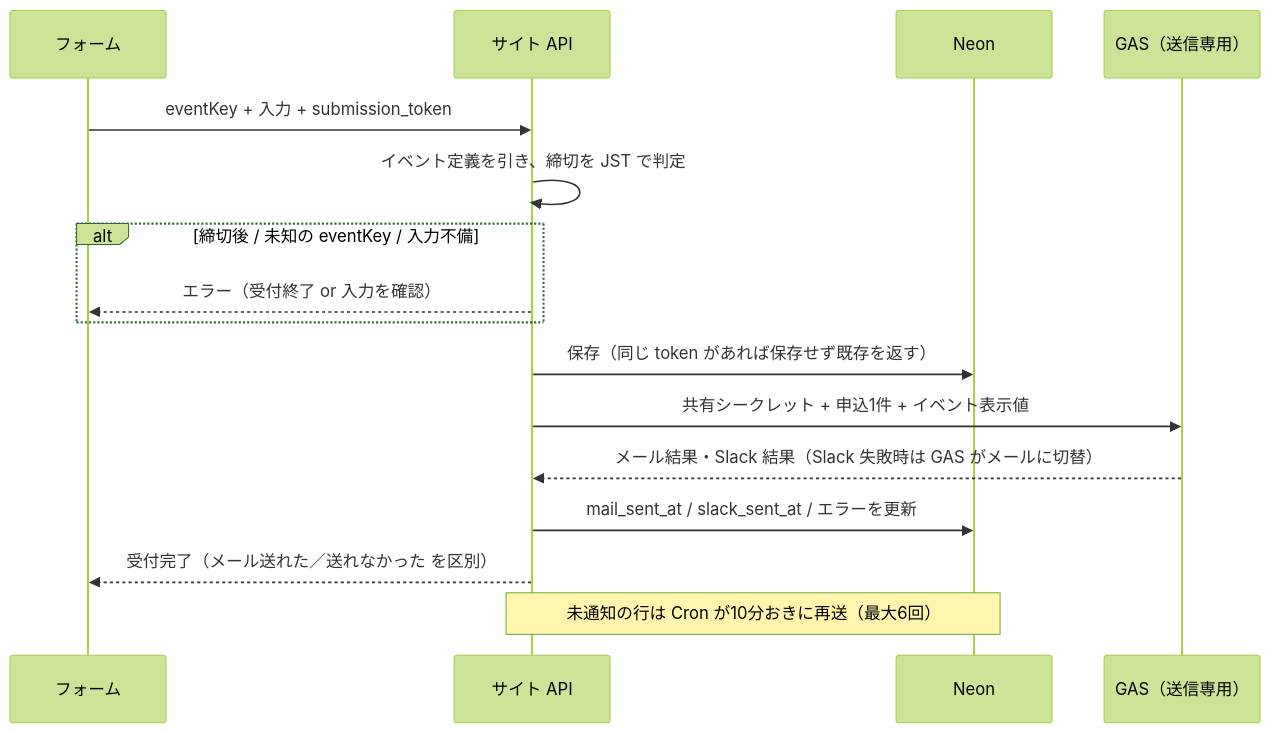
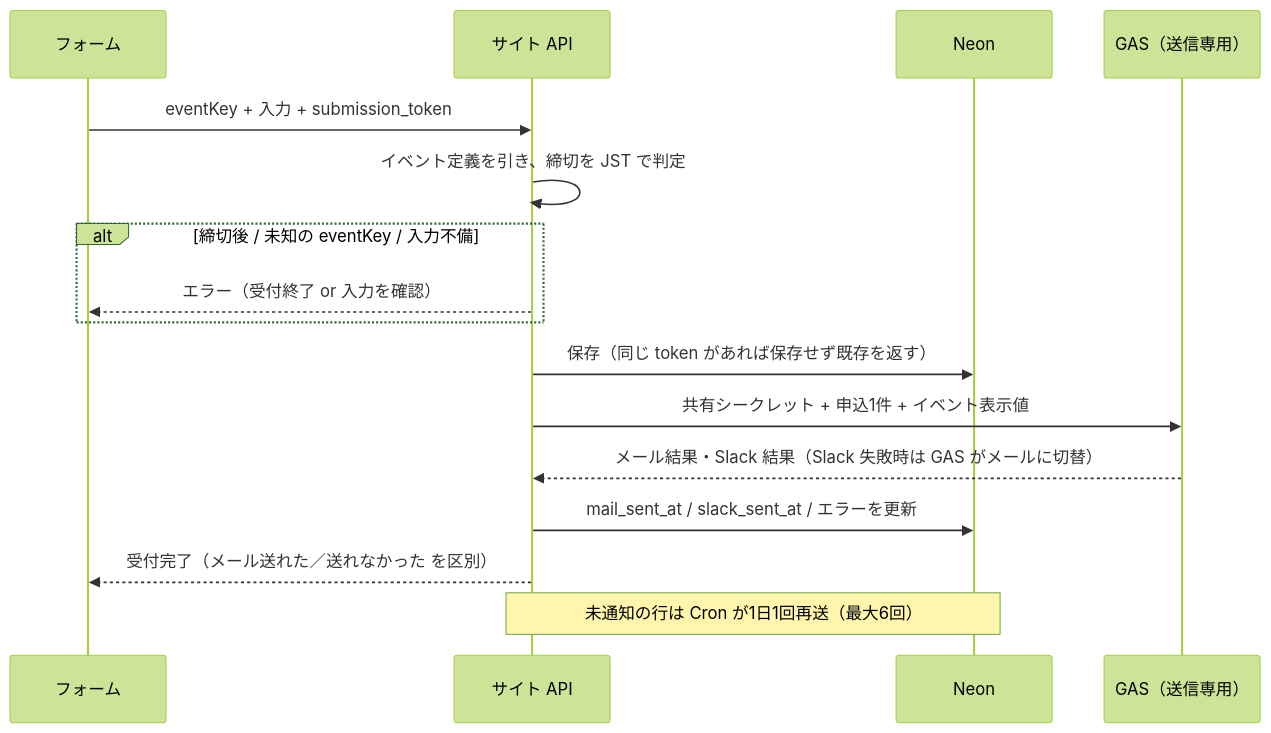
One commit to seino-jpg/recore-community-portalsite changed the first of 4 diagrams in docs/designs/2026-09-25-applications-db/design.md. Above: the diagram before and after it, drawn with Mermaid (forest theme). The commit also changed other lines of this file and 4 other files, not shown here.

````diff
--- a/docs/designs/2026-09-25-applications-db/design.md
+++ b/docs/designs/2026-09-25-applications-db/design.md
@@ -116,18 +116,18 @@
 ```mermaid
 sequenceDiagram
   participant F as フォーム
   participant A as サイト API
   participant DB as Neon
   participant G as GAS（送信専用）
   F->>A: eventKey + 入力 + submission_token
   A->>A: イベント定義を引き、締切を JST で判定
   alt 締切後 / 未知の eventKey / 入力不備
     A-->>F: エラー（受付終了 or 入力を確認）
   end
   A->>DB: 保存（同じ token があれば保存せず既存を返す）
   A->>G: 共有シークレット + 申込1件 + イベント表示値
   G-->>A: メール結果・Slack 結果（Slack 失敗時は GAS がメールに切替）
   A->>DB: mail_sent_at / slack_sent_at / エラーを更新
   A-->>F: 受付完了（メール送れた／送れなかった を区別）
-  Note over A,DB: 未通知の行は Cron が10分おきに再送（最大6回）
+  Note over A,DB: 未通知の行は Cron が1日1回再送（最大6回）
 ```
````
